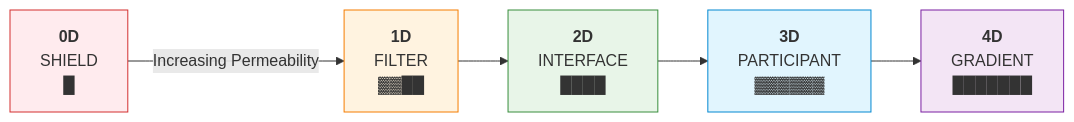
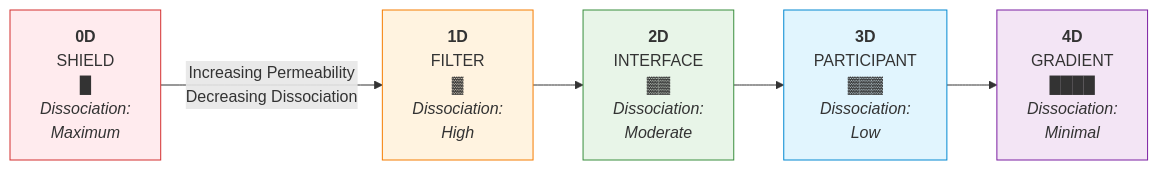
One commit to ravaioli/solarpunk-mandala changed the fourth of 6 diagrams in docs/core-model/07-material-intelligence-framework.md. Above: the diagram before and after it, drawn with Mermaid. The commit also changed other lines of this file, not shown here.

````diff
--- a/docs/core-model/07-material-intelligence-framework.md
+++ b/docs/core-model/07-material-intelligence-framework.md
@@ -186,16 +189,16 @@
 ```mermaid
 flowchart LR
-    A["<b>0D</b><br>SHIELD<br>█"]
-    B["<b>1D</b><br>FILTER<br>▓▓██"]
-    C["<b>2D</b><br>INTERFACE<br>████"]
-    D["<b>3D</b><br>PARTICIPANT<br>▓▓▓▓▓▓"]
-    E["<b>4D</b><br>GRADIENT<br>███████"]
+    A["<b>0D</b><br>SHIELD<br>█<br><i>Dissociation:<br>Maximum</i>"]
+    B["<b>1D</b><br>FILTER<br>▓<br><i>Dissociation:<br>High</i>"]
+    C["<b>2D</b><br>INTERFACE<br>▓▓<br><i>Dissociation:<br>Moderate</i>"]
+    D["<b>3D</b><br>PARTICIPANT<br>▓▓▓<br><i>Dissociation:<br>Low</i>"]
+    E["<b>4D</b><br>GRADIENT<br>████<br><i>Dissociation:<br>Minimal</i>"]
 
-    A -- "Increasing Permeability" --> B --> C --> D --> E
+    A -- "Increasing Permeability<br>Decreasing Dissociation" --> B --> C --> D --> E
     
     style A fill:#ffebee,stroke:#d32f2f
     style B fill:#fff3e0,stroke:#f57c00
     style C fill:#e8f5e8,stroke:#388e3c
     style D fill:#e1f5fe,stroke:#0288d1
     style E fill:#f3e5f5,stroke:#7b1fa2
 ```
````
